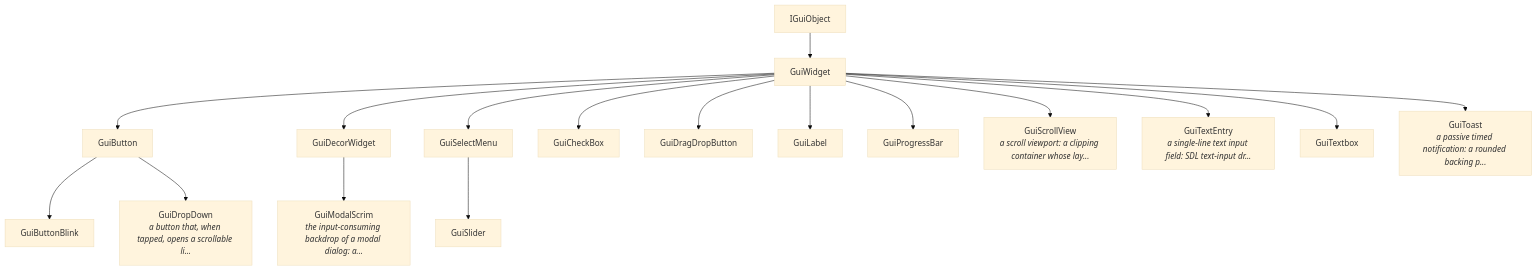
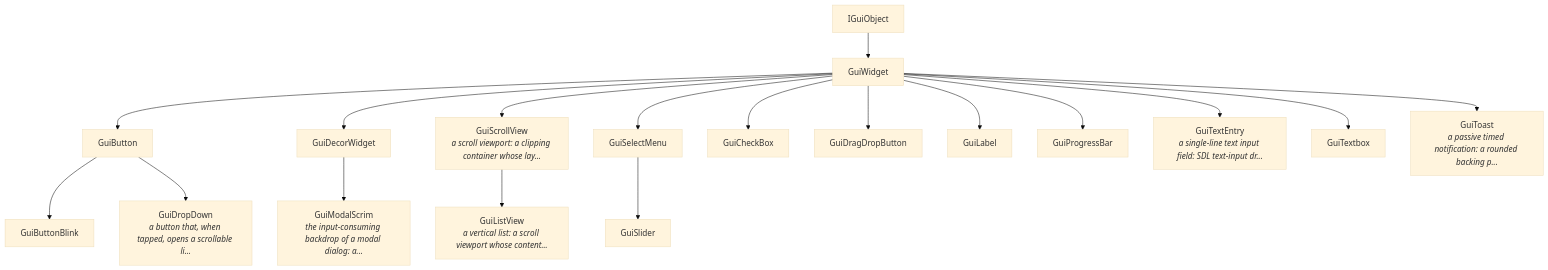
Before and after one commit to orkitec/orkige: the diagram in Docs/gui.md, drawn with Mermaid (base theme). The commit also changed other lines of this file and 14 other files, not shown here.

````diff
--- a/Docs/gui.md
+++ b/Docs/gui.md
@@ -199,36 +214,38 @@
 ```mermaid
 graph TD
     GuiButton["GuiButton"]
     GuiButtonBlink["GuiButtonBlink"]
     GuiDropDown["GuiDropDown<br/><i>a button that, when tapped, opens a scrollable li...</i>"]
     GuiDecorWidget["GuiDecorWidget"]
     GuiModalScrim["GuiModalScrim<br/><i>the input-consuming backdrop of a modal dialog: a...</i>"]
+    GuiScrollView["GuiScrollView<br/><i>a scroll viewport: a clipping container whose lay...</i>"]
+    GuiListView["GuiListView<br/><i>a vertical list: a scroll viewport whose content...</i>"]
     GuiSelectMenu["GuiSelectMenu"]
     GuiSlider["GuiSlider"]
     GuiWidget["GuiWidget"]
     GuiCheckBox["GuiCheckBox"]
     GuiDragDropButton["GuiDragDropButton"]
     GuiLabel["GuiLabel"]
     GuiProgressBar["GuiProgressBar"]
-    GuiScrollView["GuiScrollView<br/><i>a scroll viewport: a clipping container whose lay...</i>"]
     GuiTextEntry["GuiTextEntry<br/><i>a single-line text input field: SDL text-input dr...</i>"]
     GuiTextbox["GuiTextbox"]
     GuiToast["GuiToast<br/><i>a passive timed notification: a rounded backing p...</i>"]
     IGuiObject["IGuiObject"]
     GuiButton --> GuiButtonBlink
     GuiButton --> GuiDropDown
     GuiDecorWidget --> GuiModalScrim
+    GuiScrollView --> GuiListView
     GuiSelectMenu --> GuiSlider
     GuiWidget --> GuiButton
     GuiWidget --> GuiCheckBox
     GuiWidget --> GuiDecorWidget
     GuiWidget --> GuiDragDropButton
     GuiWidget --> GuiLabel
     GuiWidget --> GuiProgressBar
     GuiWidget --> GuiScrollView
     GuiWidget --> GuiSelectMenu
     GuiWidget --> GuiTextEntry
     GuiWidget --> GuiTextbox
     GuiWidget --> GuiToast
     IGuiObject --> GuiWidget
 ```
````
